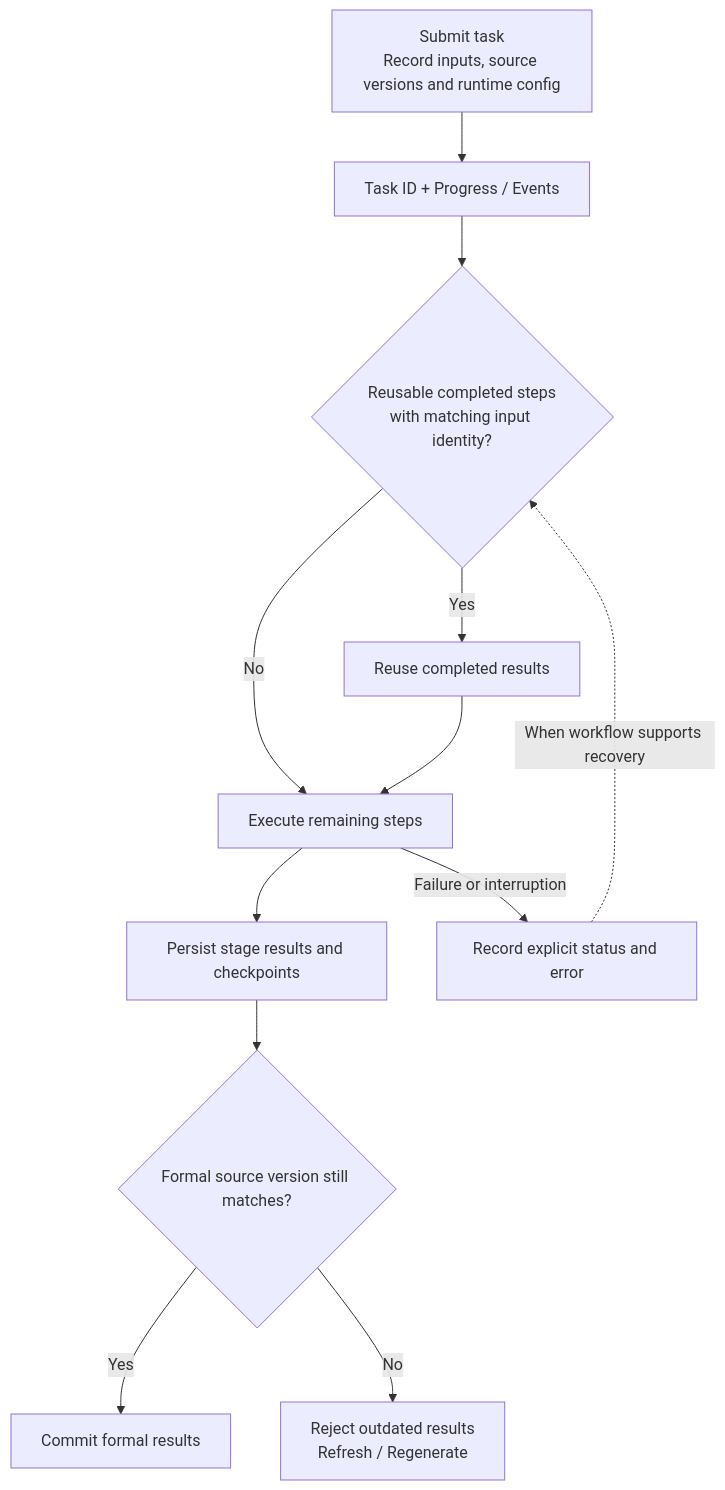
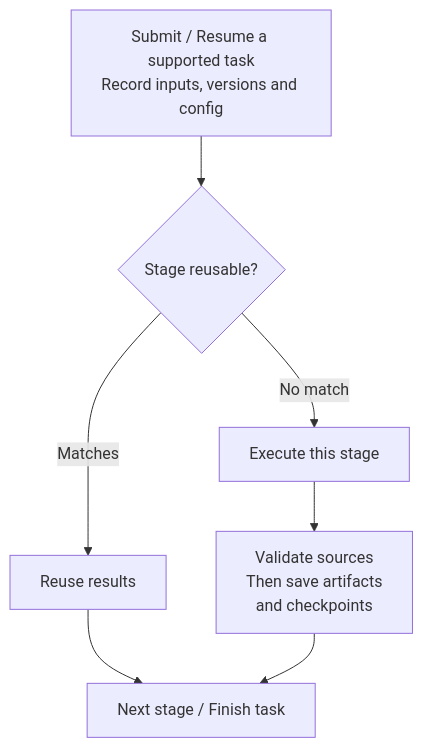
One commit to GTJasonMK/A4N changed diagram 18 of 18 in README.en.md. Above: the diagram before and after it, drawn with Mermaid. The commit also changed other lines of this file and 2 other files, not shown here.

First line of the commit message:
docs: fix README diagram flows and mobile readability

````diff
--- a/README.en.md
+++ b/README.en.md
@@ -287,16 +304,11 @@
 ```mermaid
 flowchart TB
   accTitle: Checkpoint recovery and source-version protection
-  accDescr: Workflows that support recovery reuse completed steps only with matching input identities. Failures remain visible. A final source-version check rejects results produced from outdated formal material.
-  request["Submit task<br/>Record inputs, source versions and runtime config"] --> task["Task ID + Progress / Events"]
-  task --> checkpoint{"Reusable completed steps<br/>with matching input identity?"}
-  checkpoint -->|Yes| reuse["Reuse completed results"]
-  checkpoint -->|No| run["Execute remaining steps"]
-  reuse --> run
-  run --> saved["Persist stage results and checkpoints"]
-  saved --> version{"Formal source version still matches?"}
-  version -->|Yes| commit["Commit formal results"]
-  version -->|No| conflict["Reject outdated results<br/>Refresh / Regenerate"]
-  run -->|Failure or interruption| stopped["Record explicit status and error"]
-  stopped -.->|When workflow supports recovery| checkpoint
+  accDescr: Recovery-capable workflows check input identities per stage. Matching completed results may be reused; otherwise the current stage executes. Successful work passes that stage's write checks, persists results and moves on or finishes. Failures and cancellations retain explicit status; results are not all deferred until the end.
+  request["Submit / Resume a supported task<br/>Record inputs, versions and config"] --> checkpoint{"Stage reusable?"}
+  checkpoint -->|Matches| reuse["Reuse results"]
+  checkpoint -->|No match| run["Execute this stage"]
+  run --> write["Validate sources<br/>Then save artifacts<br/>and checkpoints"]
+  reuse --> next["Next stage / Finish task"]
+  write --> next
 ```
````
